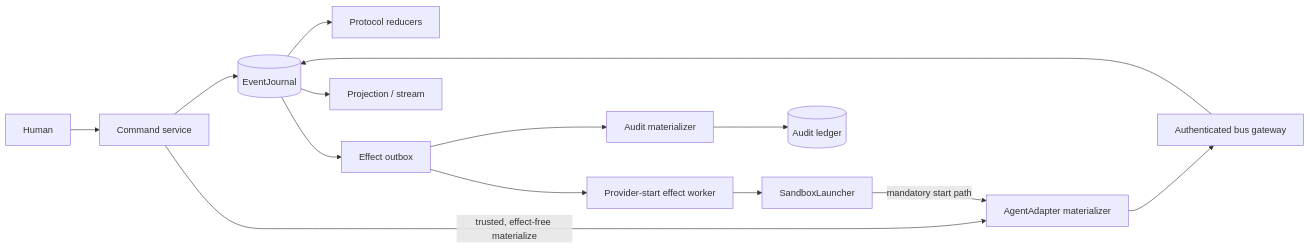
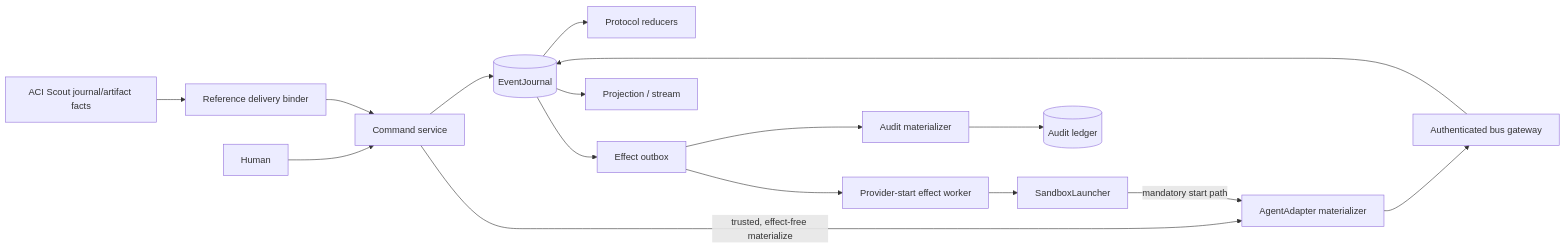
The first of 2 diagrams in docs/features/agents-communication-infra/specs/architecture.md (VictorBoscaro/cyberalchemy-orchestrator), drawn with Mermaid before and after one commit. The commit also changed other lines of this file and 11 other files, not shown here.

````diff
--- a/docs/features/agents-communication-infra/specs/architecture.md
+++ b/docs/features/agents-communication-infra/specs/architecture.md
@@ -54,16 +70,18 @@
 ```mermaid
 flowchart LR
   H[Human] --> C[Command service]
   C --> J[(EventJournal)]
   J --> K[Protocol reducers]
   J --> O[Effect outbox]
+  RS[ACI Scout journal/artifact facts] --> RB[Reference delivery binder]
+  RB --> C
   C -->|trusted, effect-free materialize| AD[AgentAdapter materializer]
   O --> EW[Provider-start effect worker]
   EW --> SL[SandboxLauncher]
   SL -->|mandatory start path| AD
   O --> AM[Audit materializer]
   AM --> AL[(Audit ledger)]
   AD --> G[Authenticated bus gateway]
   G --> J
   J --> P[Projection / stream]
 ```
````
